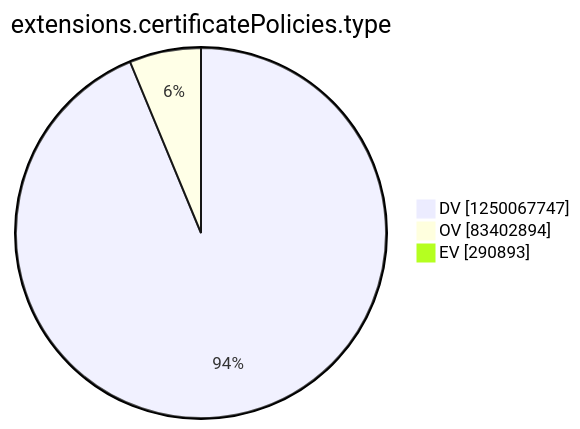
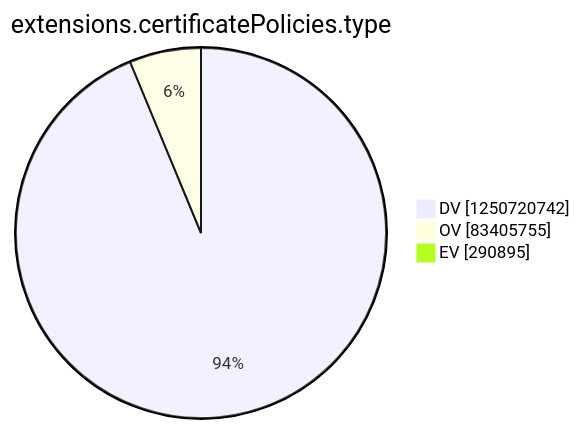
The tenth of 15 diagrams in argon2022/README.md (christiankrug/ctmonitor_visualization), drawn with Mermaid before and after one commit. The commit also changed other lines of this file, not shown here.

````diff
--- a/argon2022/README.md
+++ b/argon2022/README.md
@@ -2771,7 +2771,7 @@
 ```mermaid
 pie showData
 title extensions.certificatePolicies.type
-"DV" :1250067747
-"OV" :83402894
-"EV" :290893
+"DV" :1250720742
+"OV" :83405755
+"EV" :290895
 ```
````
